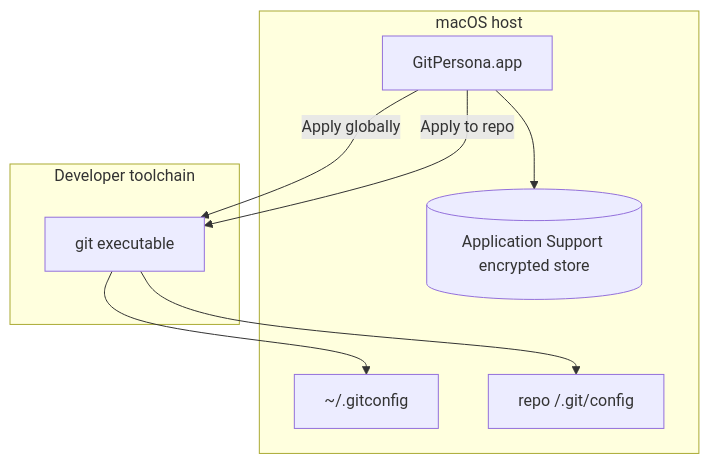
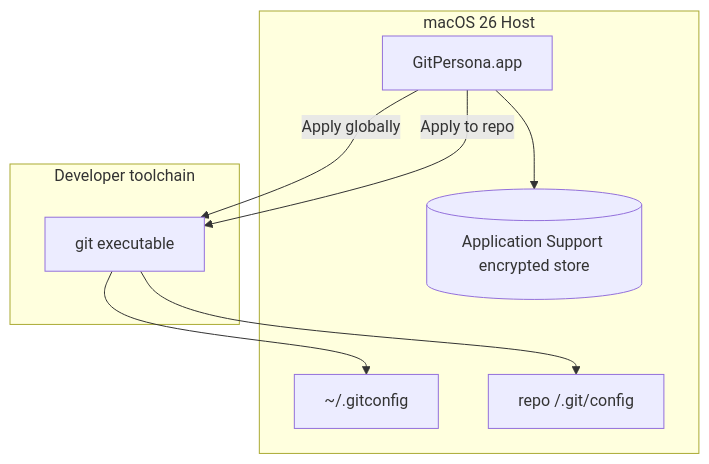
One commit to erbilnas/git-persona changed the third of 3 diagrams in README.md. Above: the diagram before and after it, drawn with Mermaid. The commit also changed other lines of this file and 5 other files, not shown here.

````diff
--- a/README.md
+++ b/README.md
@@ -152,17 +152,17 @@
 ```mermaid
 flowchart TB
-  subgraph macOS [macOS host]
+  subgraph macOS [macOS 26 Host]
     GP[GitPersona.app]
     FS[(Application Support encrypted store)]
     GC[~/.gitconfig]
     LC[ repo /.git/config ]
   end
   subgraph toolchain [Developer toolchain]
     GIT[git executable]
   end
   GP --> FS
   GP -->|"Apply globally"| GIT
   GIT --> GC
   GP -->|"Apply to repo"| GIT
   GIT --> LC
 ```
````
